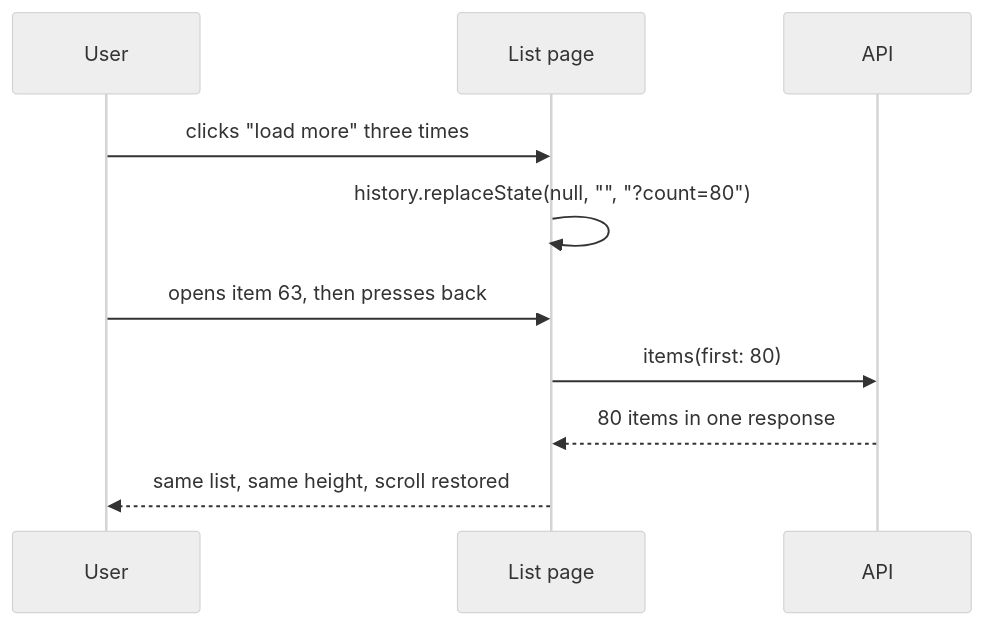
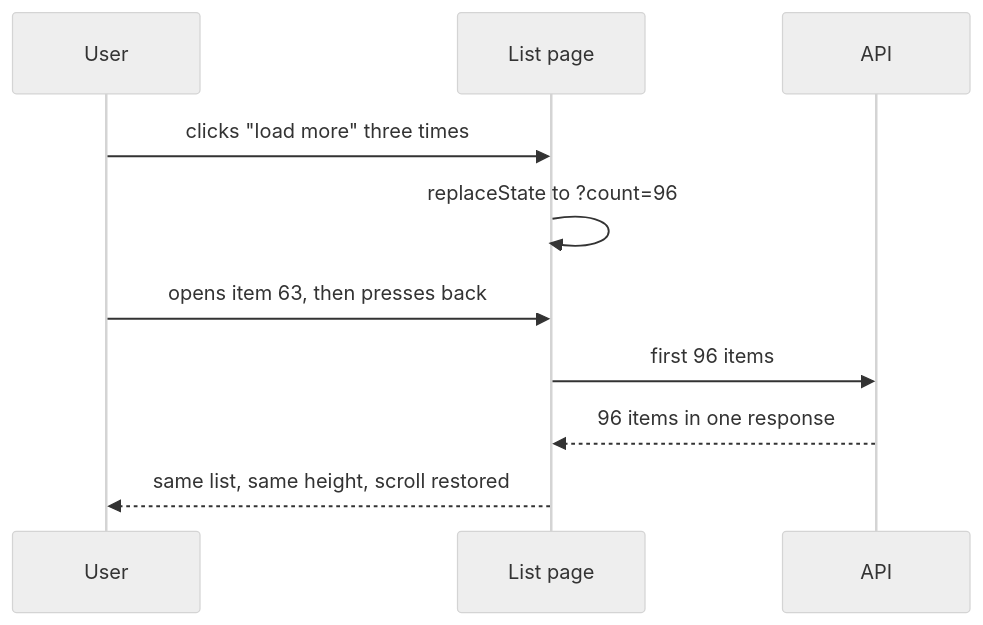
The fourth of 4 diagrams in topics/lists-and-pagination/README.md (christiansany/cas-fee-26-frontend-challenges), drawn with Mermaid (neutral theme) before and after one commit. The commit also changed other lines of this file and 8 other files, not shown here.

````diff
--- a/topics/lists-and-pagination/README.md
+++ b/topics/lists-and-pagination/README.md
@@ -461,12 +272,12 @@
 ```mermaid
 sequenceDiagram
   participant U as User
   participant P as List page
   participant A as API
   U->>P: clicks "load more" three times
-  P->>P: history.replaceState(null, "", "?count=80")
+  P->>P: replaceState to ?count=96
   U->>P: opens item 63, then presses back
-  P->>A: items(first: 80)
-  A-->>P: 80 items in one response
+  P->>A: first 96 items
+  A-->>P: 96 items in one response
   P-->>U: same list, same height, scroll restored
 ```
````
